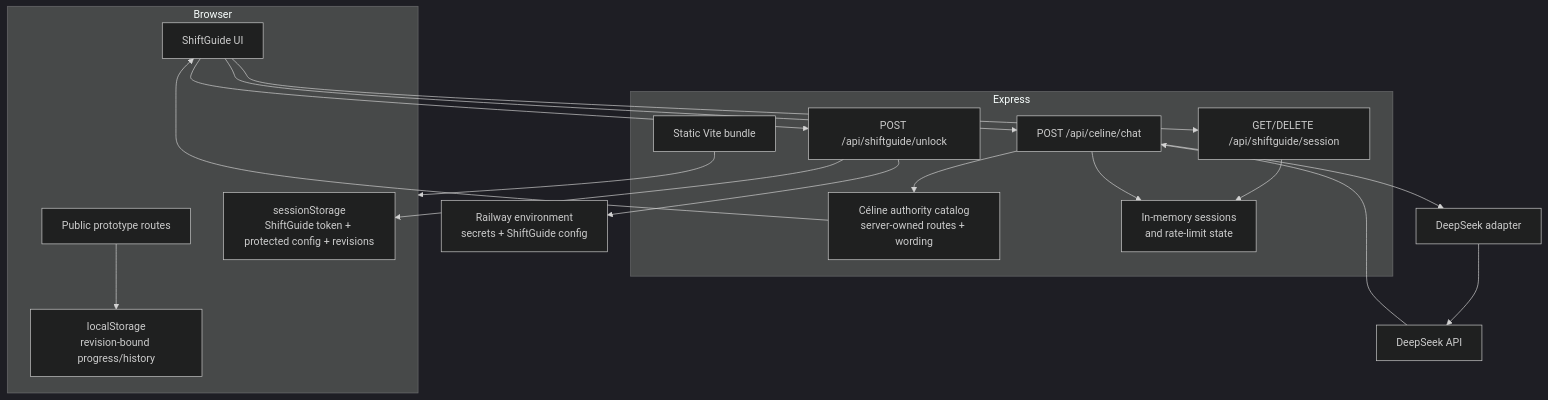
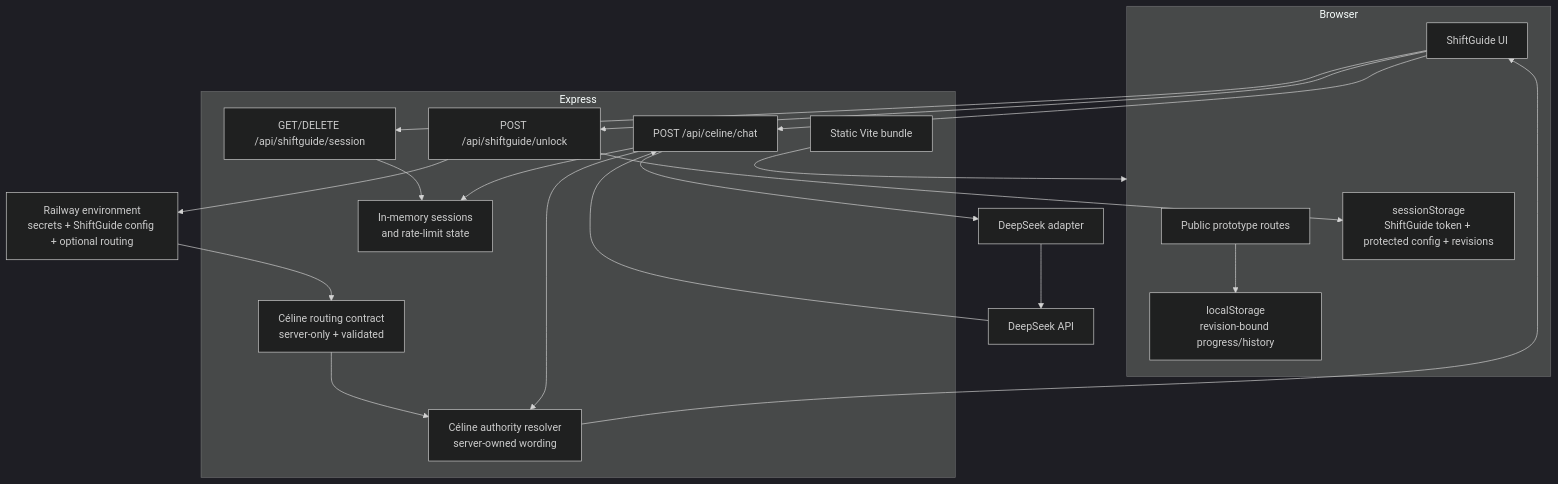
The diagram in docs/architecture.md (AmineAKIK/protocap), drawn with Mermaid (dark theme) before and after one commit. The commit also changed other lines of this file and 16 other files, not shown here.

First line of the commit message:
feat: make Celine routing a validated deployment contract (#51)

````diff
--- a/docs/architecture.md
+++ b/docs/architecture.md
@@ -9,37 +9,40 @@
 ```mermaid
 flowchart TB
   subgraph Browser
     Public[Public prototype routes]
     ShiftUI[ShiftGuide UI]
     SessionStore[sessionStorage\nShiftGuide token + protected config + revisions]
     LocalStore[localStorage\nrevision-bound progress/history]
   end
 
   subgraph Express
     Unlock[POST /api/shiftguide/unlock]
     Session[GET/DELETE /api/shiftguide/session]
     Chat[POST /api/celine/chat]
-    Authority[Céline authority catalog\nserver-owned routes + wording]
+    Routing[Céline routing contract\nserver-only + validated]
+    Authority[Céline authority resolver\nserver-owned wording]
     Memory[In-memory sessions\nand rate-limit state]
     Static[Static Vite bundle]
   end
 
-  Env[Railway environment\nsecrets + ShiftGuide config]
+  Env[Railway environment\nsecrets + ShiftGuide config + optional routing]
   ProviderAdapter[DeepSeek adapter]
   Provider[DeepSeek API]
 
   Public --> LocalStore
   ShiftUI --> Unlock
   Unlock --> Env
   Unlock --> SessionStore
   ShiftUI --> Session
   ShiftUI --> Chat
   Session --> Memory
+  Env --> Routing
+  Routing --> Authority
   Chat --> Memory
   Chat --> ProviderAdapter
   ProviderAdapter --> Provider
   Provider --> Chat
   Chat --> Authority
   Authority --> ShiftUI
   Static --> Browser
 ```
````
